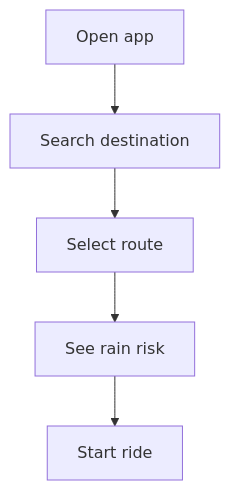
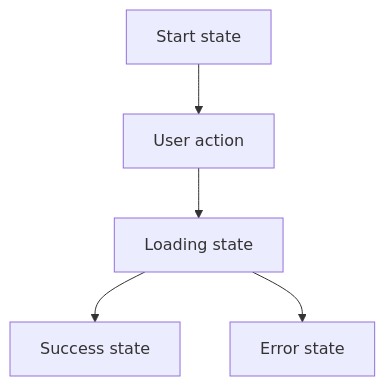
The diagram in docs/template/flow.md (jon012906/RainDodger), drawn with Mermaid before and after one commit. The commit also changed other lines of this file and 3 other files, not shown here.

First line of the commit message:
docs: restructure design and flow templates

````diff
--- a/docs/template/flow.md
+++ b/docs/template/flow.md
@@ -19,7 +49,7 @@
 ```mermaid
 flowchart TD
-  A[Open app] --> B[Search destination]
-  B --> C[Select route]
-  C --> D[See rain risk]
-  D --> E[Start ride]
+  A["Start state"] --> B["User action"]
+  B --> C["Loading state"]
+  C --> D["Success state"]
+  C --> E["Error state"]
 ```
````
